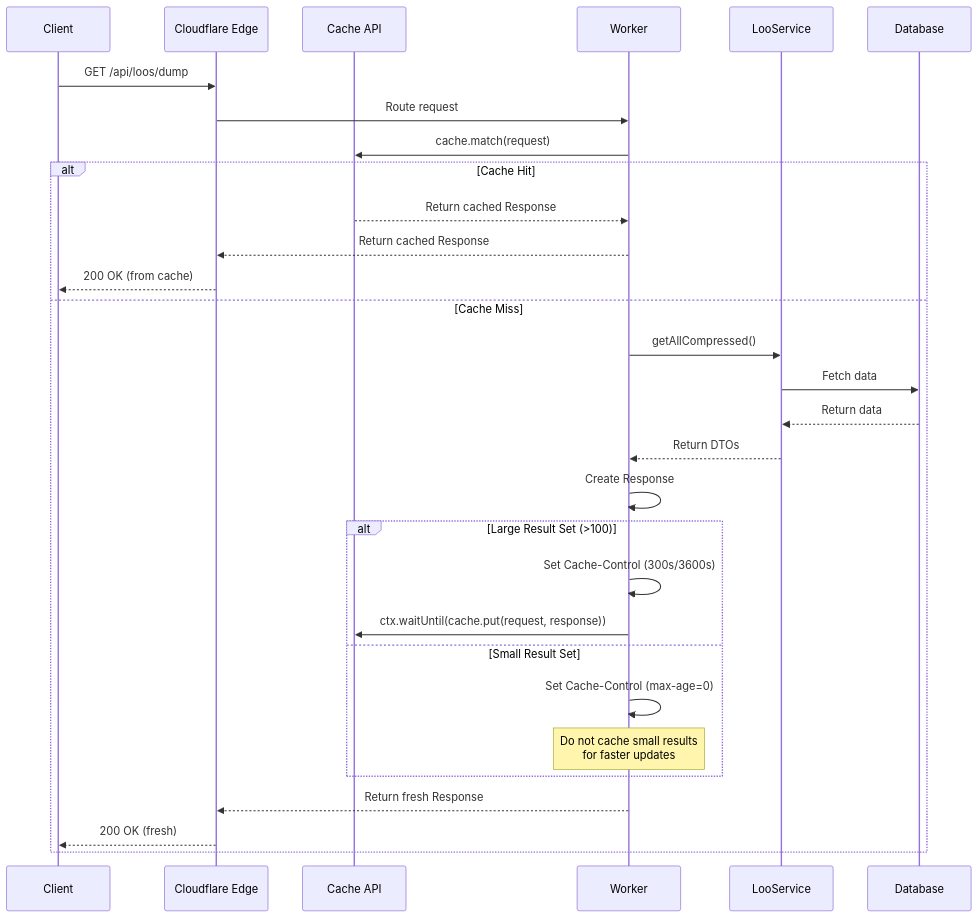
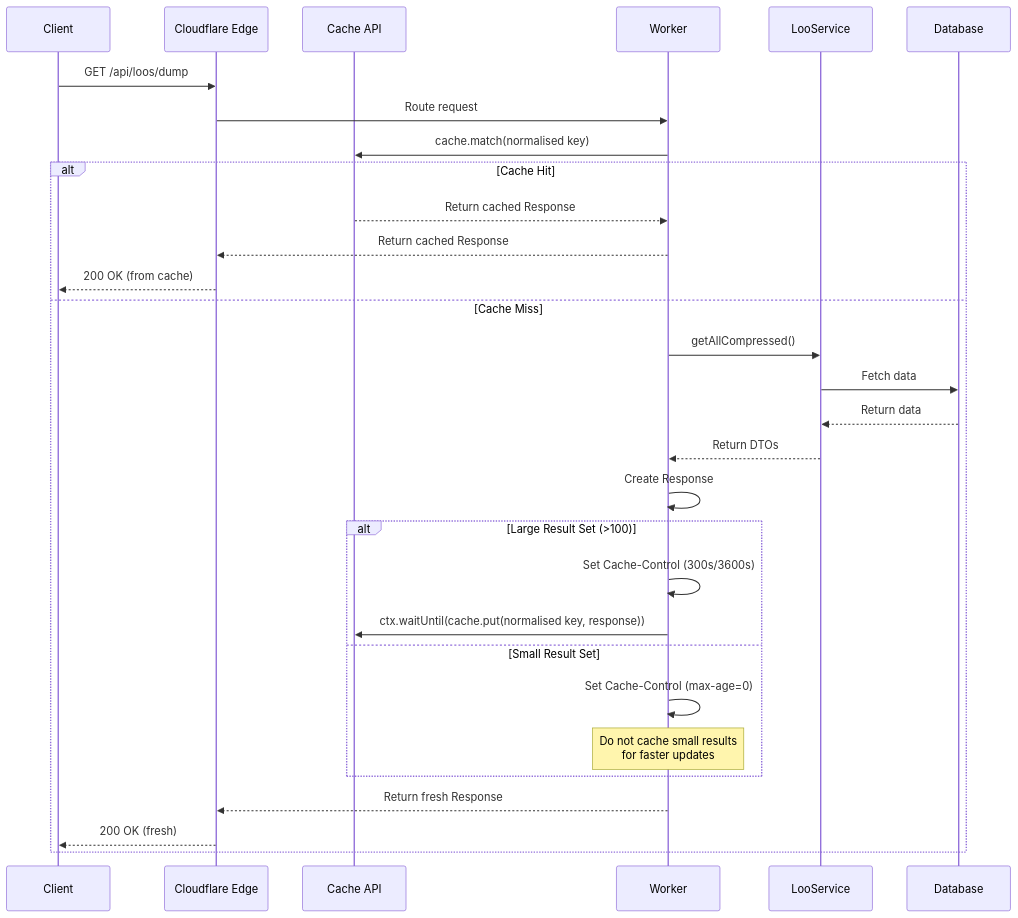
One commit to public-convenience-ltd/toiletmap-next changed the second of 9 diagrams in apps/toiletmap-server/docs/architecture/request-flow.md. Above: the diagram before and after it, drawn with Mermaid. The commit also changed other lines of this file and 17 other files, not shown here.

First line of the commit message:
feat(server): strict inputs, normalised cache keys and a heavy-read limit

````diff
--- a/apps/toiletmap-server/docs/architecture/request-flow.md
+++ b/apps/toiletmap-server/docs/architecture/request-flow.md
@@ -55,33 +55,33 @@
 ```mermaid
 sequenceDiagram
     participant Client
     participant CF as Cloudflare Edge
     participant Cache as Cache API
     participant Worker
     participant Service as LooService
     participant DB as Database
 
     Client->>CF: GET /api/loos/dump
     CF->>Worker: Route request
-    Worker->>Cache: cache.match(request)
+    Worker->>Cache: cache.match(normalised key)
     alt Cache Hit
         Cache-->>Worker: Return cached Response
         Worker-->>CF: Return cached Response
         CF-->>Client: 200 OK (from cache)
     else Cache Miss
         Worker->>Service: getAllCompressed()
         Service->>DB: Fetch data
         DB-->>Service: Return data
         Service-->>Worker: Return DTOs
         Worker->>Worker: Create Response
         alt Large Result Set (>100)
             Worker->>Worker: Set Cache-Control (300s/3600s)
-            Worker->>Cache: ctx.waitUntil(cache.put(request, response))
+            Worker->>Cache: ctx.waitUntil(cache.put(normalised key, response))
         else Small Result Set
             Worker->>Worker: Set Cache-Control (max-age=0)
             Note over Worker: Do not cache small results<br/>for faster updates
         end
         Worker-->>CF: Return fresh Response
         CF-->>Client: 200 OK (fresh)
     end
 ```
````
